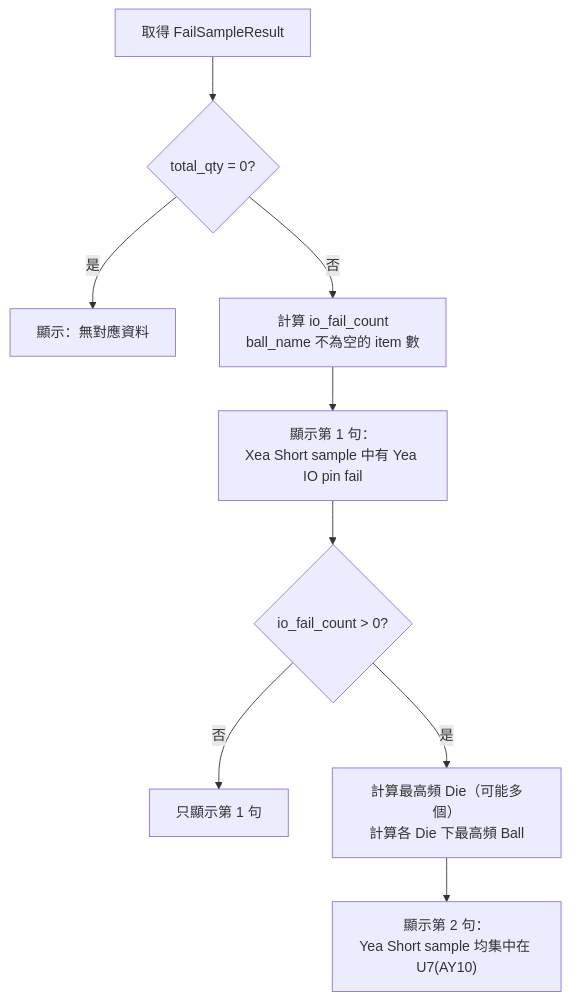
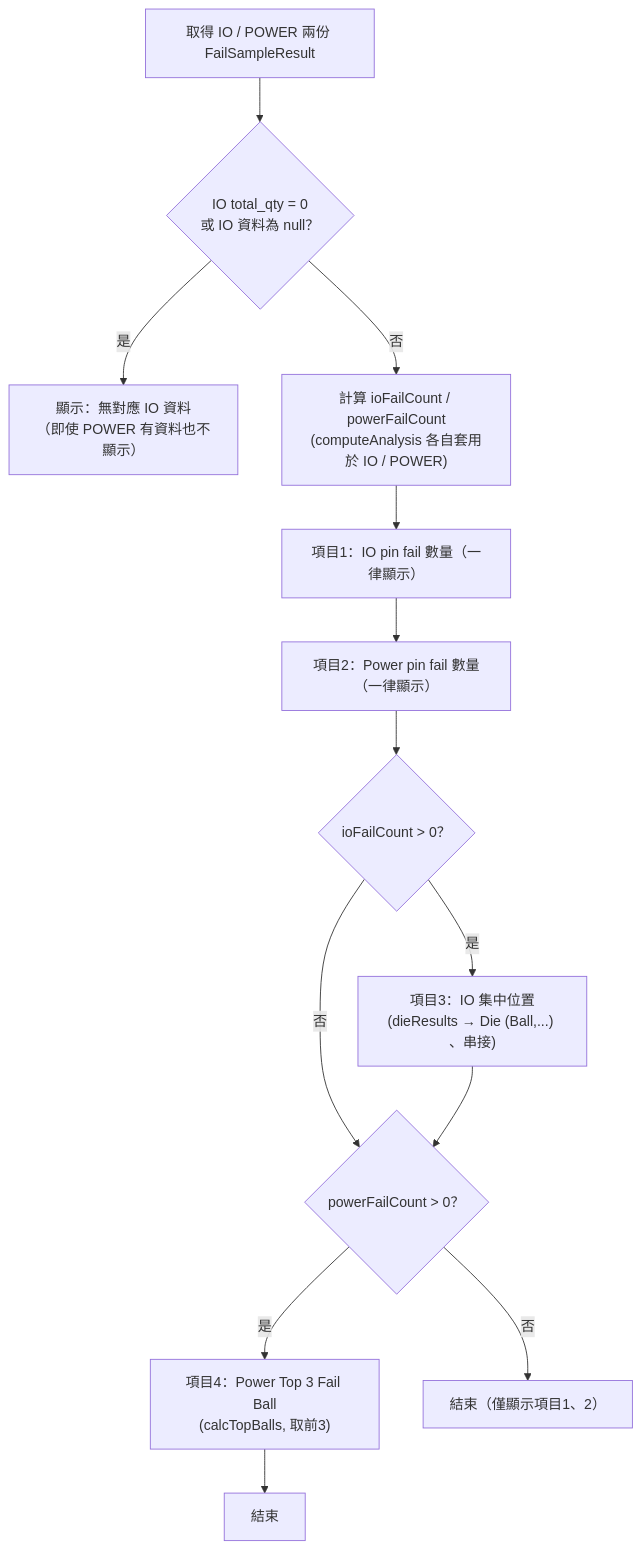
Diagram 12 of 12 in docs/reports/20260611_ACT-Frontend-Report.md (fiveflower0130/act_data_analysis_website), drawn with Mermaid before and after one commit. The commit also changed other lines of this file and 3 other files, not shown here.

````diff
--- a/docs/reports/20260611_ACT-Frontend-Report.md
+++ b/docs/reports/20260611_ACT-Frontend-Report.md
@@ -521,11 +541,15 @@
 ```mermaid
 flowchart TD
-    A[取得 FailSampleResult] --> B{total_qty = 0?}
-    B -->|是| C["顯示：無對應資料"]
-    B -->|否| D["計算 io_fail_count\nball_name 不為空的 item 數"]
-    D --> E["顯示第 1 句：\nXea Short sample 中有 Yea IO pin fail"]
-    E --> F{io_fail_count > 0?}
-    F -->|否| G["只顯示第 1 句"]
-    F -->|是| H["計算最高頻 Die（可能多個）\n計算各 Die 下最高頻 Ball"]
-    H --> I["顯示第 2 句：\nYea Short sample 均集中在 U7(AY10)"]
+    A["取得 IO / POWER 兩份 FailSampleResult"] --> B{"IO total_qty = 0\n或 IO 資料為 null？"}
+    B -->|是| C["顯示：無對應 IO 資料\n（即使 POWER 有資料也不顯示）"]
+    B -->|否| D["計算 ioFailCount / powerFailCount\n(computeAnalysis 各自套用於 IO / POWER)"]
+    D --> E["項目1：IO pin fail 數量（一律顯示）"]
+    E --> F["項目2：Power pin fail 數量（一律顯示）"]
+    F --> G{"ioFailCount > 0？"}
+    G -->|是| H["項目3：IO 集中位置\n(dieResults → Die (Ball,...) 、串接)"]
+    G -->|否| I{"powerFailCount > 0？"}
+    H --> I
+    I -->|是| J["項目4：Power Top 3 Fail Ball\n(calcTopBalls, 取前3)"]
+    I -->|否| K["結束（僅顯示項目1、2）"]
+    J --> K2["結束"]
 ```
````
